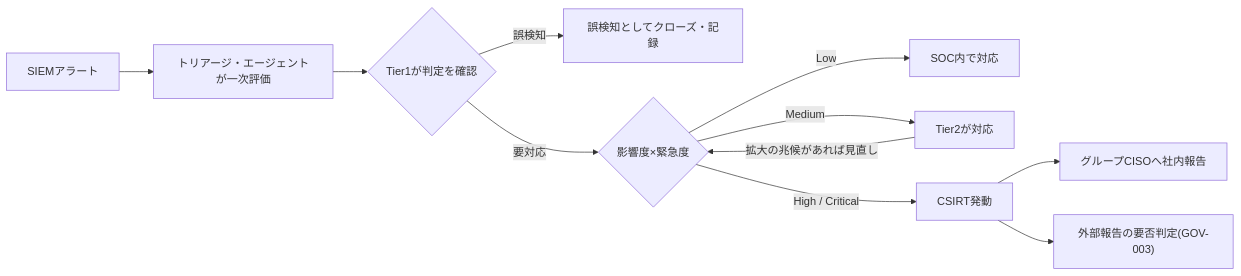
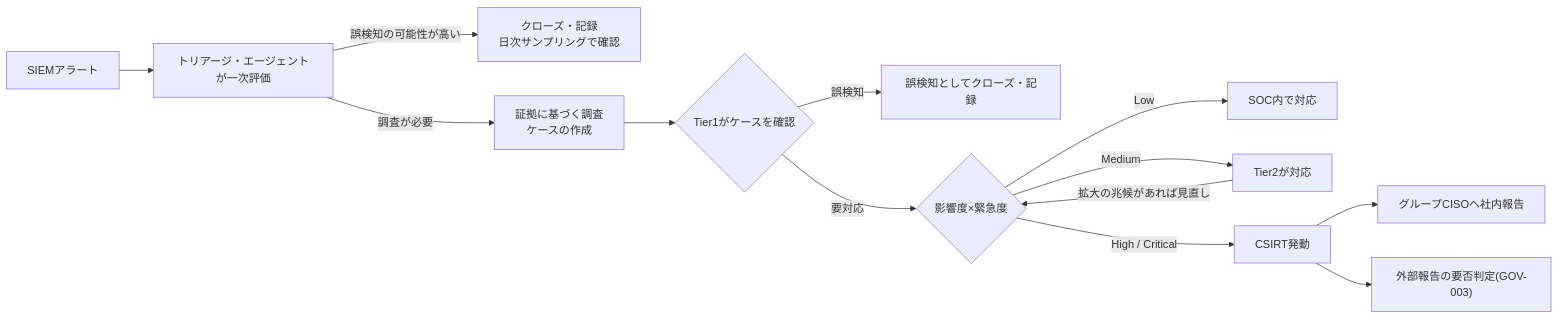
One commit to Okusan818/agentic-ai-soc-csirt-sample changed the diagram in 01-governance/01-02-severity-matrix.md. Above: the diagram before and after it, drawn with Mermaid. The commit also changed other lines of this file and 36 other files, not shown here.

````diff
--- a/01-governance/01-02-severity-matrix.md
+++ b/01-governance/01-02-severity-matrix.md
@@ -56,13 +56,15 @@
 ```mermaid
 flowchart LR
     A[SIEMアラート] --> B[トリアージ・エージェントが一次評価]
-    B --> T1{Tier1が判定を確認}
+    B -->|誤検知の可能性が高い| Z0[クローズ・記録<br/>日次サンプリングで確認]
+    B -->|調査が必要| K[証拠に基づく調査<br/>ケースの作成]
+    K --> T1{Tier1がケースを確認}
     T1 -->|誤検知| Z[誤検知としてクローズ・記録]
     T1 -->|要対応| C{影響度×緊急度}
     C -->|Low| D[SOC内で対応]
     C -->|Medium| E[Tier2が対応]
     E -->|拡大の兆候があれば見直し| C
     C -->|High / Critical| F[CSIRT発動]
     F --> R[グループCISOへ社内報告]
     F --> X["外部報告の要否判定(GOV-003)"]
 ```
````
